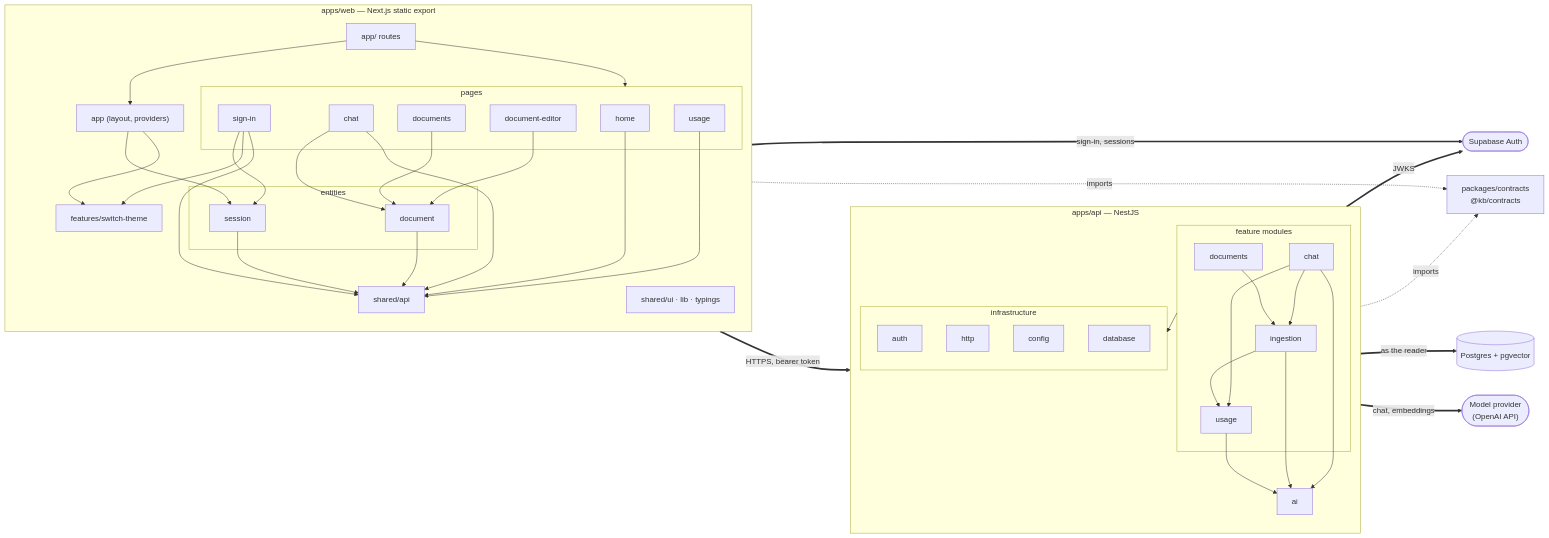
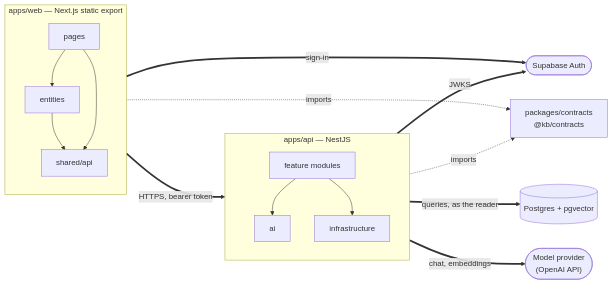
Before and after one commit to vzakharov/goodspeed-knowledge-base: the first of 3 diagrams in docs/design-notes.md, drawn with Mermaid. The commit also changed other lines of this file, not shown here.

````diff
--- a/docs/design-notes.md
+++ b/docs/design-notes.md
@@ -70,80 +68,34 @@
 ```mermaid
 flowchart LR
   subgraph web["apps/web — Next.js static export"]
     direction TB
-    routes["app/ routes"]
-    subgraph wpages["pages"]
-      home["home"]
-      chatpage["chat"]
-      docs["documents"]
-      editor["document-editor"]
-      usagepage["usage"]
-      signin["sign-in"]
-    end
-    wapp["app (layout, providers)"]
-    subgraph wentities["entities"]
-      edoc["document"]
-      esession["session"]
-    end
-    theme["features/switch-theme"]
+    wpages["pages"]
+    wentities["entities"]
     sapi["shared/api"]
-    sother["shared/ui · lib · typings"]
+    wpages --> wentities --> sapi
+    wpages --> sapi
   end
 
   contracts["packages/contracts<br/>@kb/contracts"]
 
   subgraph api["apps/api — NestJS"]
     direction TB
-    subgraph afeatures["feature modules"]
-      documents["documents"]
-      chat["chat"]
-      ingestion["ingestion"]
-      usage["usage"]
-    end
-    subgraph infra["infrastructure"]
-      auth["auth"]
-      http["http"]
-      config["config"]
-      database["database"]
-    end
+    afeatures["feature modules"]
     ai["ai"]
+    infra["infrastructure"]
+    afeatures --> ai
+    afeatures --> infra
   end
 
   pg[("Postgres + pgvector")]
   sbauth(["Supabase Auth"])
   provider(["Model provider<br/>(OpenAI API)"])
 
-  routes --> wpages
-  routes --> wapp
-  wapp --> esession
-  wapp --> theme
-  signin --> esession
-  signin --> theme
-  chatpage --> edoc
-  docs --> edoc
-  editor --> edoc
-  edoc --> sapi
-  esession --> sapi
-  home --> sapi
-  chatpage --> sapi
-  usagepage --> sapi
-  signin --> sapi
-
-  chat --> ingestion
-  chat --> usage
-  documents --> ingestion
-  ingestion --> usage
-  chat --> ai
-  ingestion --> ai
-  usage --> ai
-  afeatures --> infra
-
   web -. imports .-> contracts
   api -. imports .-> contracts
-
   sapi == "HTTPS, bearer token" ==> afeatures
-  sapi == "sign-in, sessions" ==> sbauth
-  auth == "JWKS" ==> sbauth
-  database == "as the reader" ==> pg
+  sapi == "sign-in" ==> sbauth
+  infra == "JWKS" ==> sbauth
+  infra == "queries, as the reader" ==> pg
   ai == "chat, embeddings" ==> provider
 ```
````
